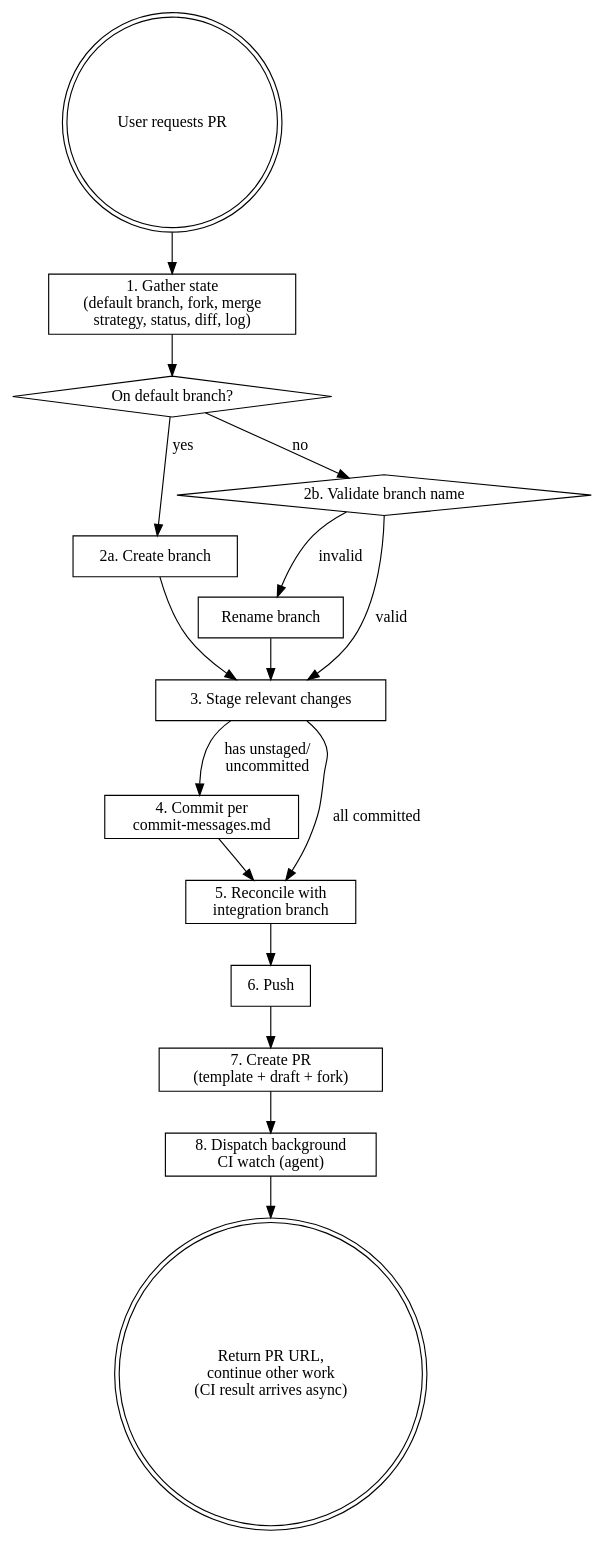
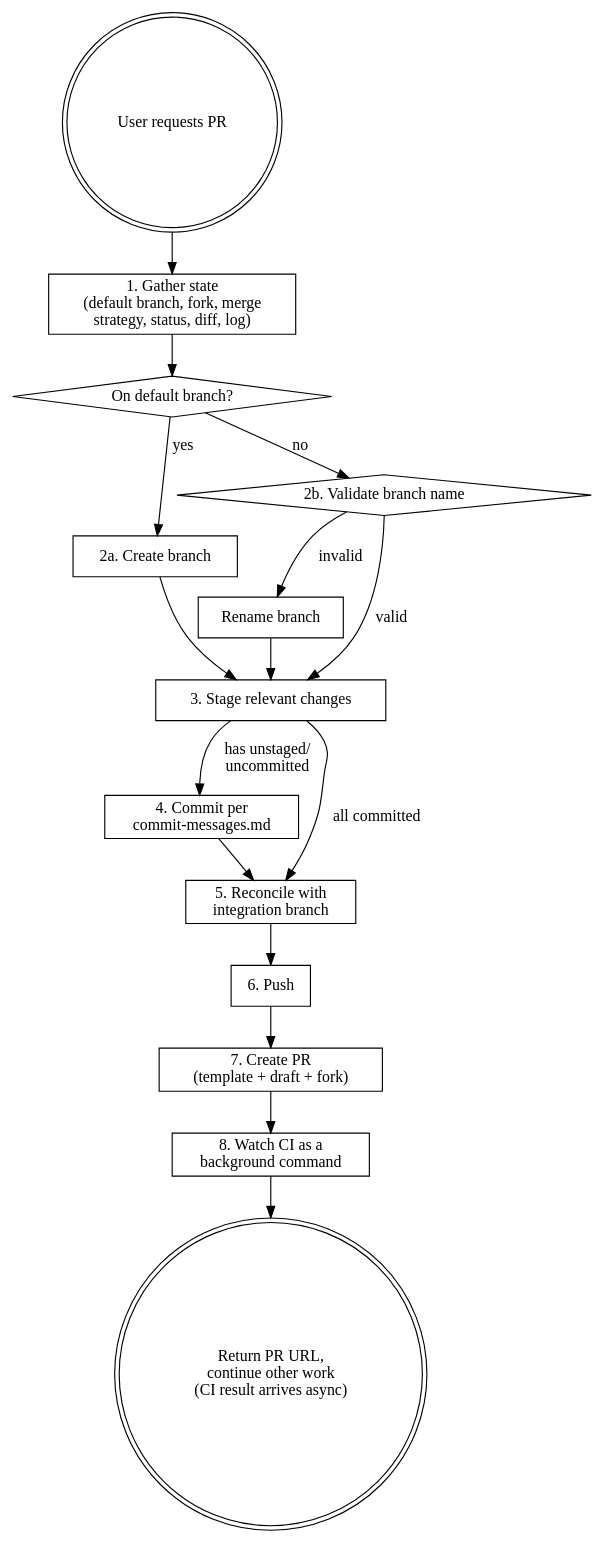
One commit to agnlez/dotfiles changed the diagram in claude/skills/github-pull-request/SKILL.md. Above: the diagram before and after it, drawn with Graphviz. The commit also changed other lines of this file and 1 other file, not shown here.

First line of the commit message:
fix(skills): make the PR skill's label check and CI watch reliable

````diff
--- a/claude/skills/github-pull-request/SKILL.md
+++ b/claude/skills/github-pull-request/SKILL.md
@@ -16,36 +16,36 @@
 ```dot
 digraph pr_flow {
   rankdir=TB;
   node [shape=box];
 
   start [label="User requests PR" shape=doublecircle];
   gather [label="1. Gather state\n(default branch, fork, merge\nstrategy, status, diff, log)"];
   on_default [label="On default branch?" shape=diamond];
   create_branch [label="2a. Create branch"];
   check_name [label="2b. Validate branch name" shape=diamond];
   rename [label="Rename branch"];
   stage [label="3. Stage relevant changes"];
   commit [label="4. Commit per\ncommit-messages.md"];
   reconcile [label="5. Reconcile with\nintegration branch"];
   push [label="6. Push"];
   create_pr [label="7. Create PR\n(template + draft + fork)"];
-  watch_ci [label="8. Dispatch background\nCI watch (agent)"];
+  watch_ci [label="8. Watch CI as a\nbackground command"];
   done [label="Return PR URL,\ncontinue other work\n(CI result arrives async)" shape=doublecircle];
 
   start -> gather;
   gather -> on_default;
   on_default -> create_branch [label="yes"];
   on_default -> check_name [label="no"];
   create_branch -> stage;
   check_name -> rename [label="invalid"];
   check_name -> stage [label="valid"];
   rename -> stage;
   stage -> commit [label="has unstaged/\nuncommitted"];
   stage -> reconcile [label="all committed"];
   commit -> reconcile;
   reconcile -> push;
   push -> create_pr;
   create_pr -> watch_ci;
   watch_ci -> done;
 }
 ```
````
